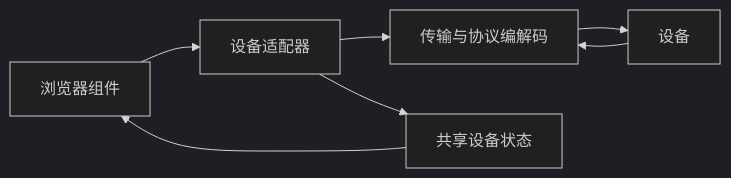
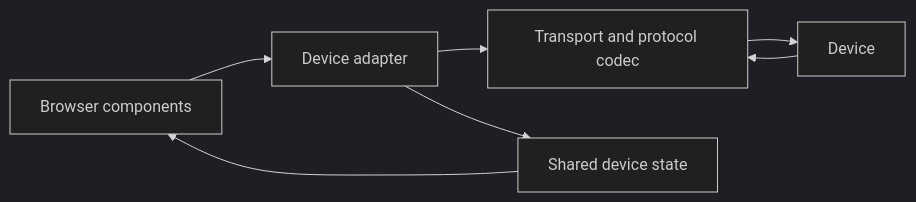
The diagram in README.md (Aampidy/kimy-device-console), drawn with Mermaid (dark theme) before and after one commit. The commit also changed other lines of this file and 7 other files, not shown here.

````diff
--- a/README.md
+++ b/README.md
@@ -17,9 +37,9 @@
 ```mermaid
 flowchart LR
-  UI[浏览器组件] --> A[设备适配器]
-  A --> T[传输与协议编解码]
-  T --> D[设备]
+  UI[Browser components] --> A[Device adapter]
+  A --> T[Transport and protocol codec]
+  T --> D[Device]
   D --> T
-  A --> V[共享设备状态]
+  A --> V[Shared device state]
   V --> UI
 ```
````
